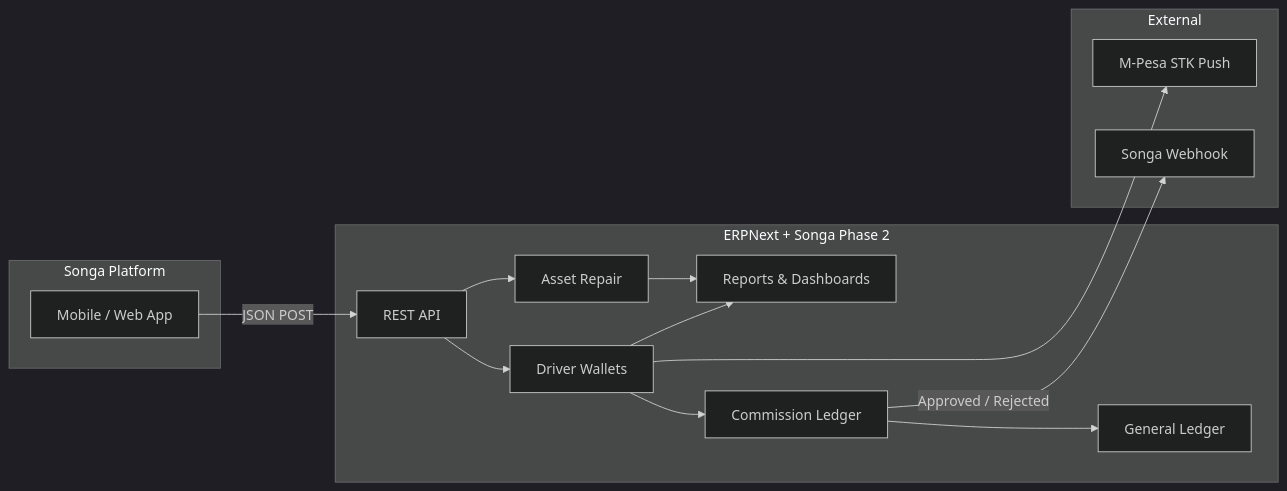
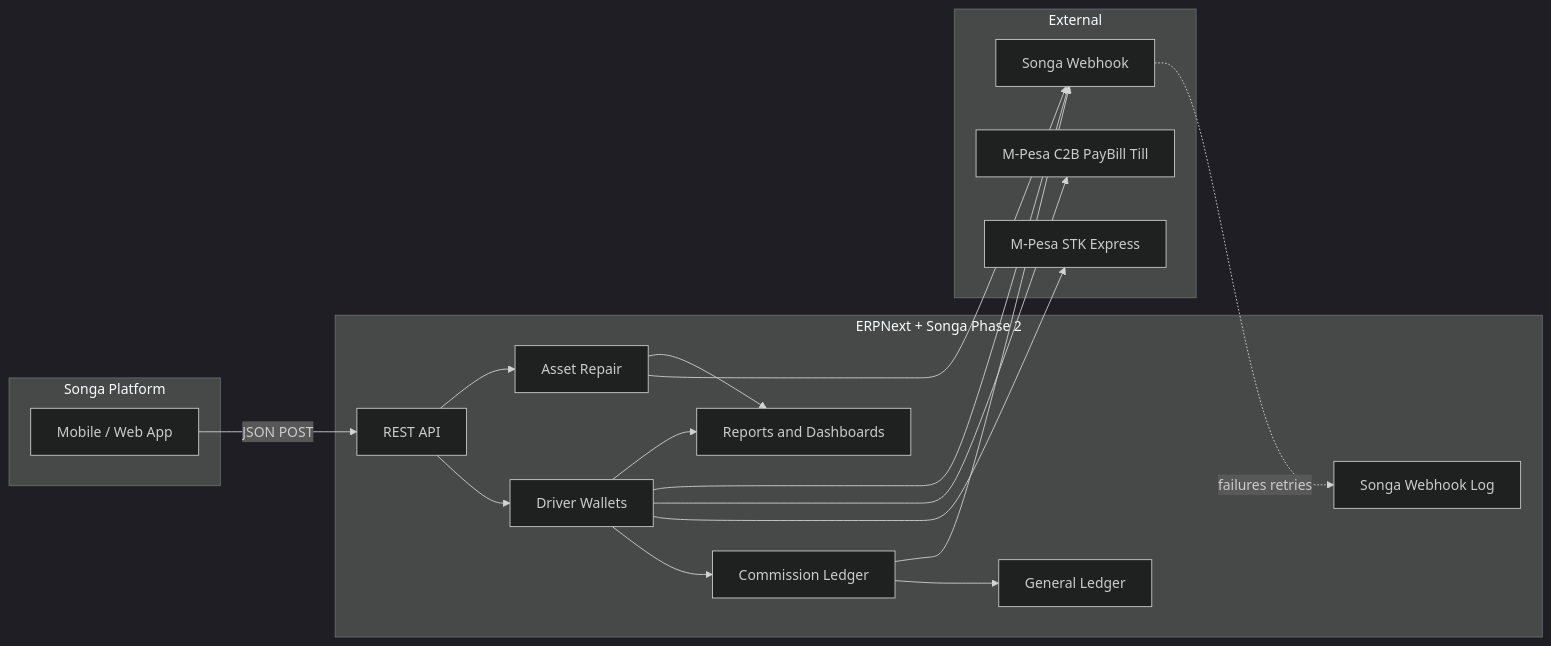
The first of 3 diagrams in README.md (Lucky-Tsuma/Songa-Mobility-Phase-2), drawn with Mermaid (dark theme) before and after one commit. The commit also changed other lines of this file, not shown here.

````diff
--- a/README.md
+++ b/README.md
@@ -80,30 +81,36 @@
 ```mermaid
 flowchart LR
     subgraph Platform["Songa Platform"]
         APP[Mobile / Web App]
     end
 
     subgraph ERP["ERPNext + Songa Phase 2"]
         API[REST API]
         WLT[Driver Wallets]
         DCL[Commission Ledger]
         AR[Asset Repair]
         GL[General Ledger]
-        RPT[Reports & Dashboards]
+        RPT[Reports and Dashboards]
+        WHLOG[Songa Webhook Log]
     end
 
     subgraph External["External"]
-        MPESA[M-Pesa STK Push]
+        STK[M-Pesa STK Express]
+        C2B[M-Pesa C2B PayBill Till]
         WH[Songa Webhook]
     end
 
     APP -->|JSON POST| API
     API --> WLT
     API --> AR
     WLT --> DCL
     DCL --> GL
-    DCL -->|Approved / Rejected| WH
-    WLT --> MPESA
+    WLT --> STK
+    WLT --> C2B
+    DCL --> WH
+    WLT --> WH
+    AR --> WH
+    WH -.->|failures retries| WHLOG
     WLT --> RPT
     AR --> RPT
 ```
````
